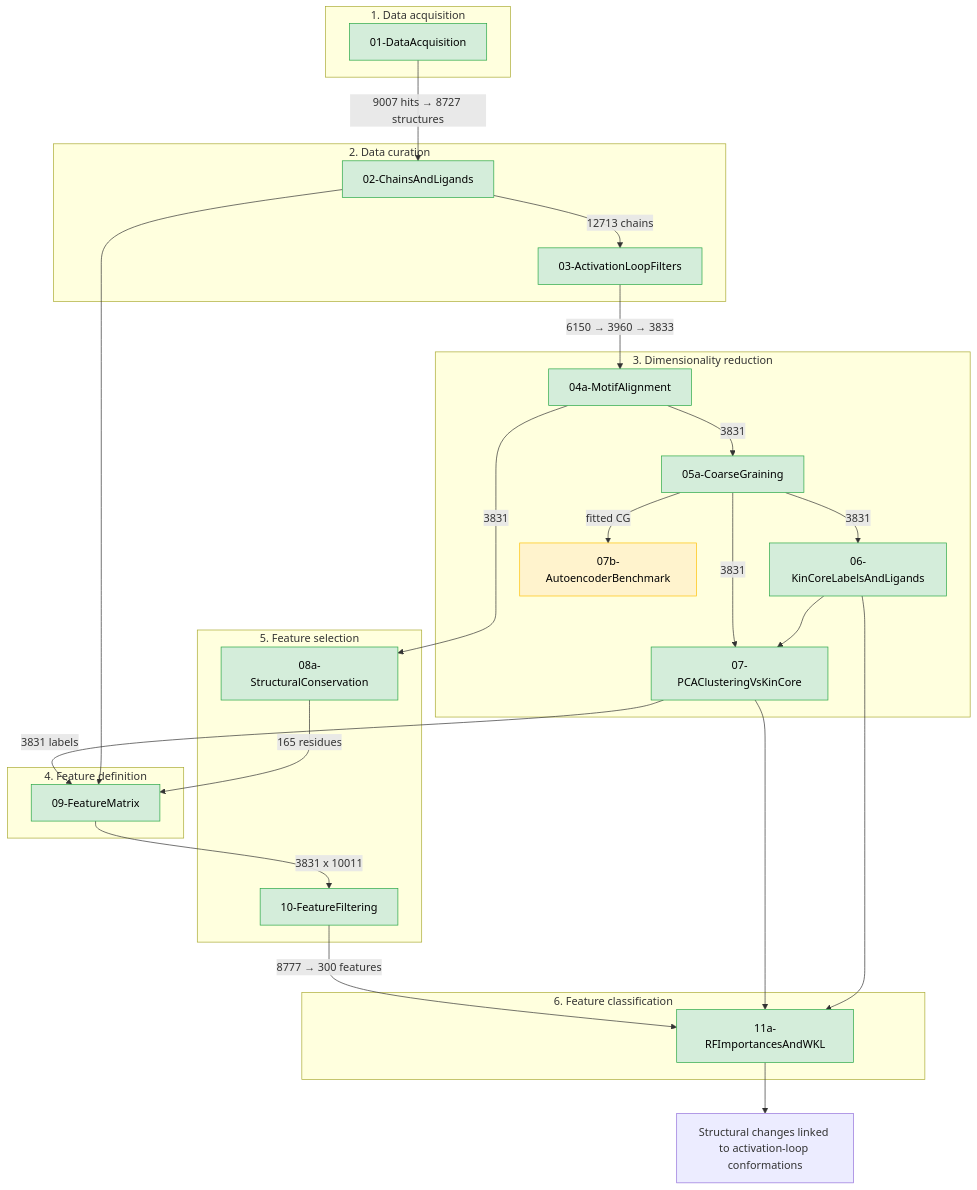
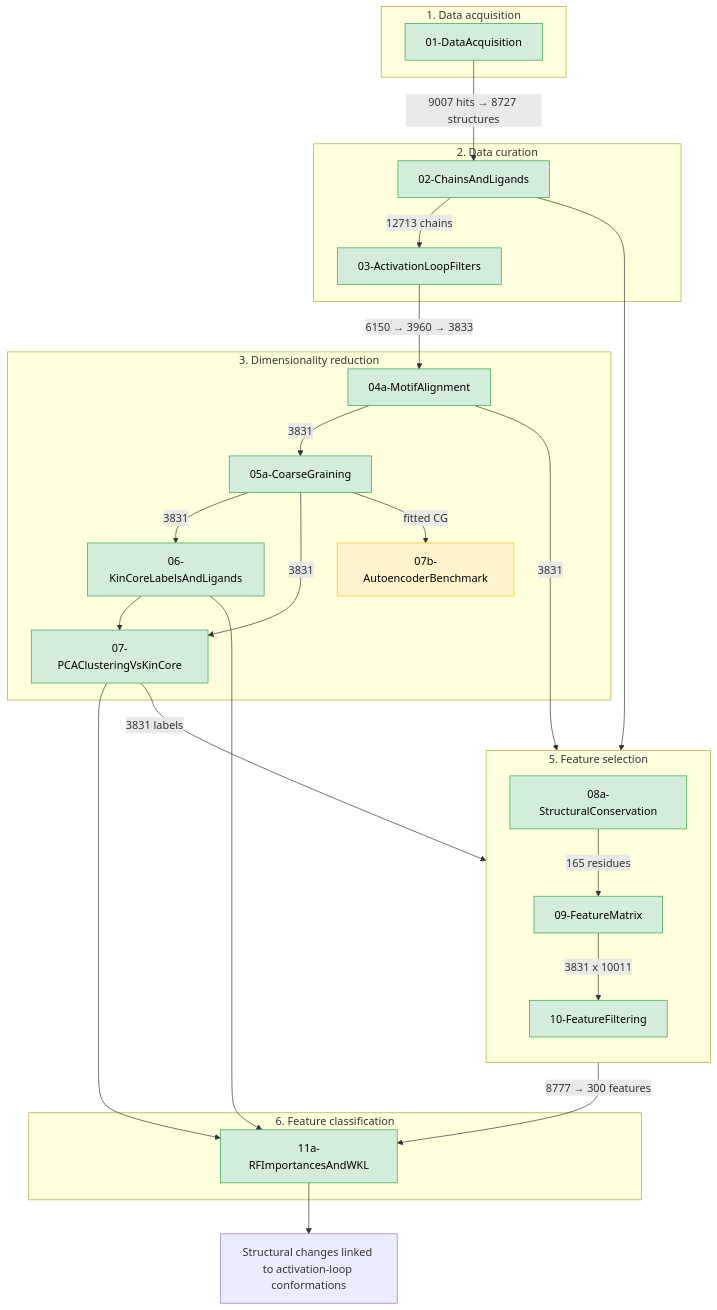
One commit to meyresearch/BRAF changed the diagram in README.md. Above: the diagram before and after it, drawn with Mermaid. The commit also changed other lines of this file, not shown here.

First line of the commit message:
Move 09-FeatureMatrix into Feature selection in the README.

````diff
--- a/README.md
+++ b/README.md
@@ -15,50 +15,49 @@
 ```mermaid
 flowchart TB
   subgraph s1 ["1. Data acquisition"]
     N01["01-DataAcquisition"]
   end
   subgraph s2 ["2. Data curation"]
     N02["02-ChainsAndLigands"]
     N03["03-ActivationLoopFilters"]
   end
   subgraph s3 ["3. Dimensionality reduction"]
     N04a["04a-MotifAlignment"]
     N05a["05a-CoarseGraining"]
     N06["06-KinCoreLabelsAndLigands"]
     N07["07-PCAClusteringVsKinCore"]
     N07b["07b-AutoencoderBenchmark"]
   end
   subgraph s5 ["5. Feature selection"]
+    direction TB
     N08a["08a-StructuralConservation"]
+    N09["09-FeatureMatrix"]
     N10["10-FeatureFiltering"]
-  end
-  subgraph s4 ["4. Feature definition"]
-    N09["09-FeatureMatrix"]
   end
   subgraph s6 ["6. Feature classification"]
     N11a["11a-RFImportancesAndWKL"]
   end
 
   N01 -->|"9007 hits → 8727 structures"| N02
   N02 -->|"12713 chains"| N03
   N03 -->|"6150 → 3960 → 3833"| N04a
   N04a -->|"3831"| N05a
   N05a -->|"3831"| N06
   N05a -->|"3831"| N07
   N05a -->|"fitted CG"| N07b
   N06 --> N07
   N04a -->|"3831"| N08a
   N08a -->|"165 residues"| N09
   N07 -->|"3831 labels"| N09
   N02 --> N09
   N09 -->|"3831 x 10011"| N10
   N10 -->|"8777 → 300 features"| N11a
   N07 --> N11a
   N06 --> N11a
   N11a --> outNode["Structural changes linked to activation-loop conformations"]
 
   classDef main fill:#d4edda,stroke:#28a745,color:#000
   classDef experiment fill:#fff3cd,stroke:#ffc107,color:#000
   class N01,N02,N03,N04a,N05a,N06,N07,N08a,N09,N10,N11a main
   class N07b experiment
 ```
````
